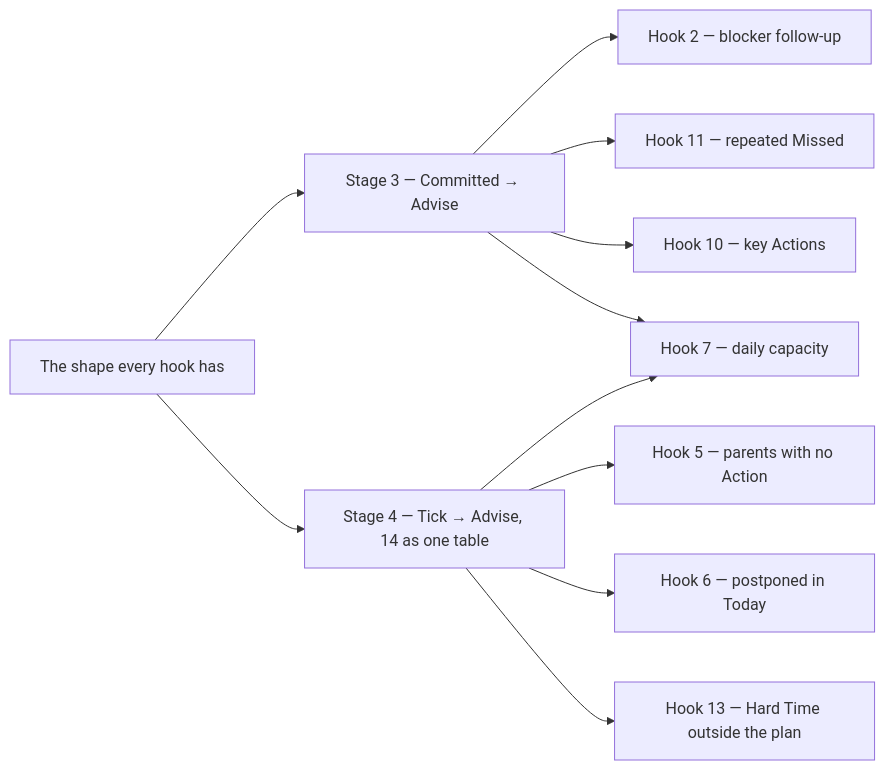
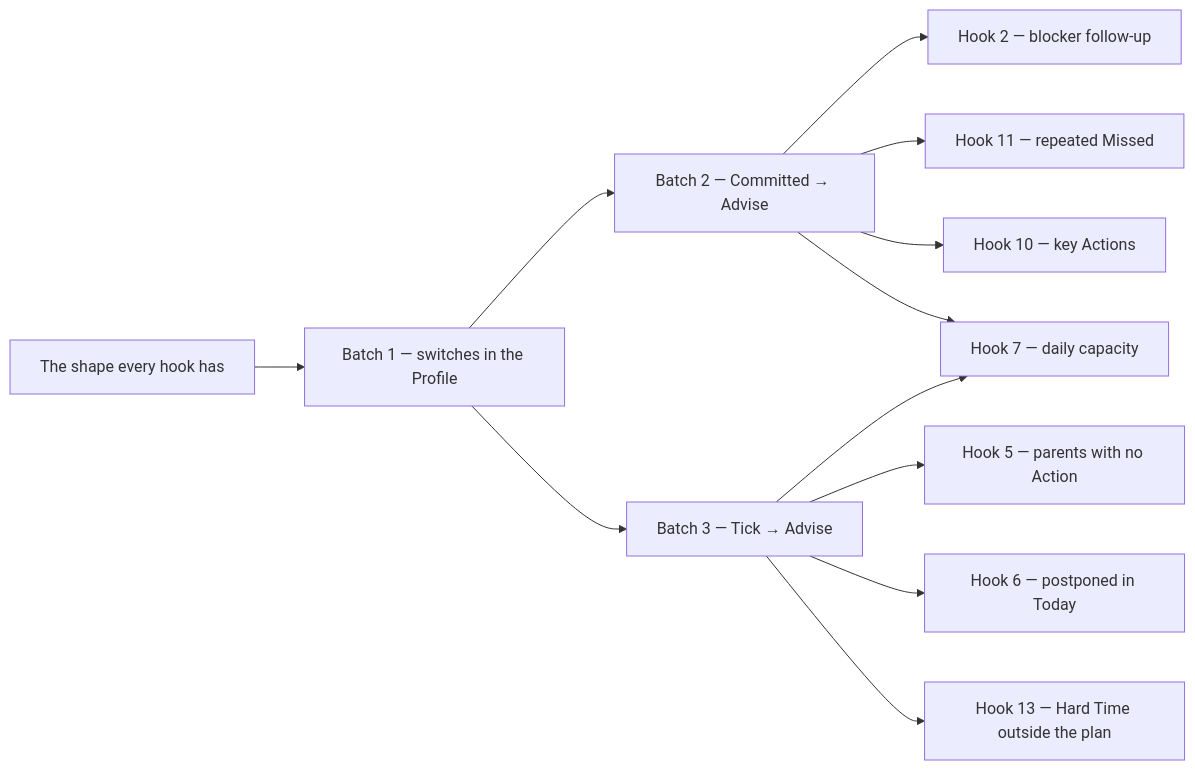
One commit to myvaheed/tg-ai-safwa changed the diagram in docs/PLAN_FEATURES.md. Above: the diagram before and after it, drawn with Mermaid. The commit also changed other lines of this file and 27 other files, not shown here.

Commit message:
v9.59 a hook with a switch is turned off and on in the Profile; the Heavy analyzer offer has none

````diff
--- a/docs/PLAN_FEATURES.md
+++ b/docs/PLAN_FEATURES.md
@@ -172,16 +177,17 @@
 ```mermaid
 flowchart LR
   h5["Hook 5 — parents with no Action"]
   h7["Hook 7 — daily capacity"]
   h10["Hook 10 — key Actions"]
-  shape["The shape every hook has"] --> committed["Stage 3 — Committed → Advise"]
-  shape --> tick["Stage 4 — Tick → Advise, 14 as one table"]
+  shape["The shape every hook has"] --> profile["Batch 1 — switches in the Profile"]
+  profile --> committed["Batch 2 — Committed → Advise"]
+  profile --> tick["Batch 3 — Tick → Advise"]
   committed --> h2["Hook 2 — blocker follow-up"]
   committed --> h11["Hook 11 — repeated Missed"]
   committed --> h10
   committed --> h7
   tick --> h5
   tick --> h6["Hook 6 — postponed in Today"]
   tick --> h7
   tick --> h13["Hook 13 — Hard Time outside the plan"]
 ```
````
